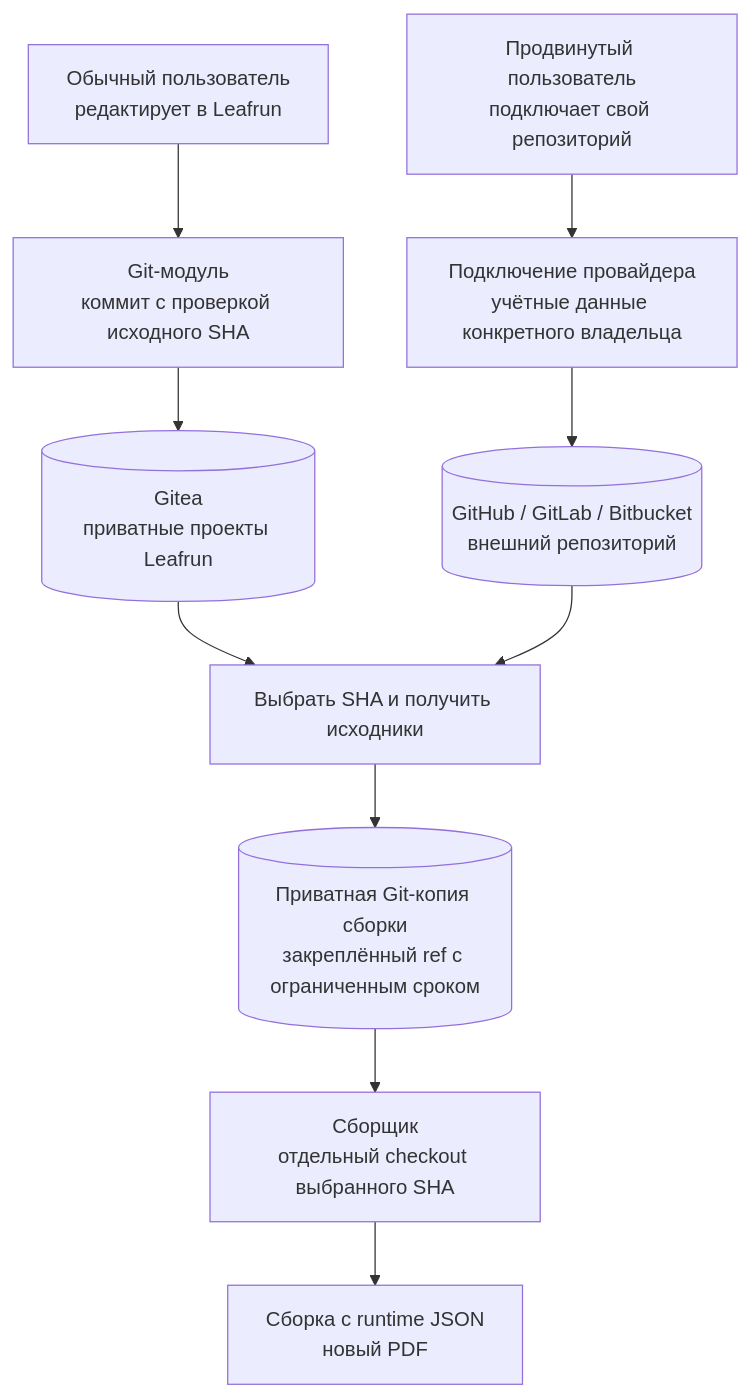
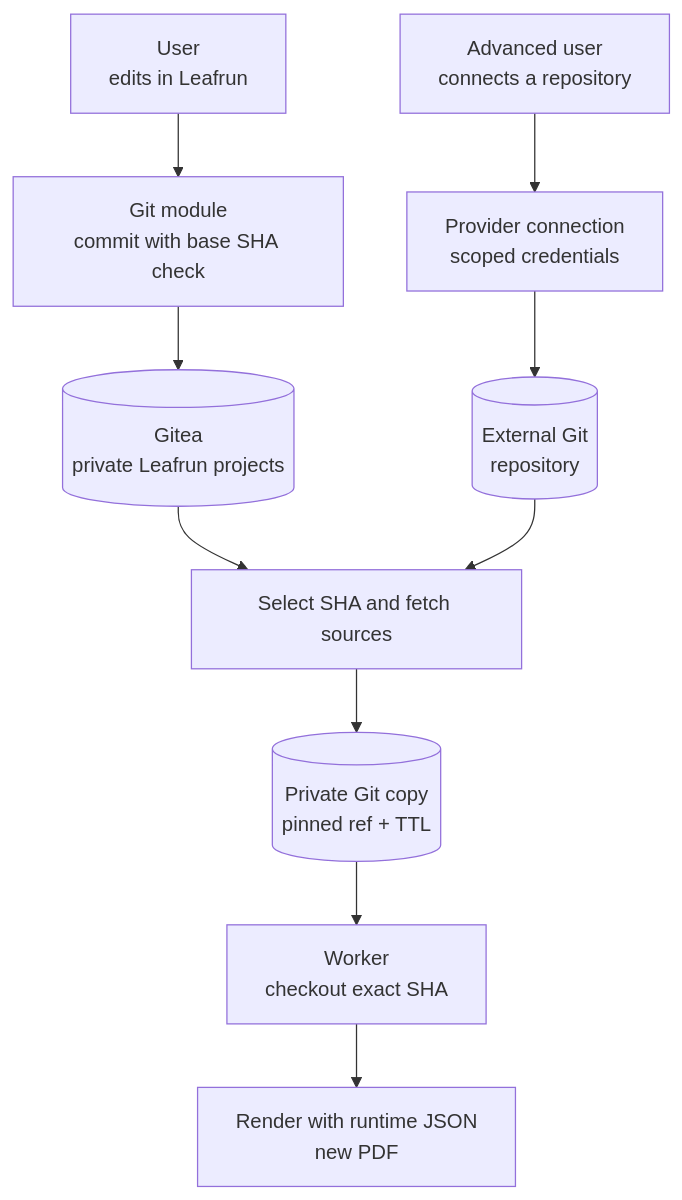
One commit to Feruum/Leafrun changed the third of 5 diagrams in docs/architecture/leafrun-saas-v0.md. Above: the diagram before and after it, drawn with Mermaid. The commit also changed other lines of this file and 38 other files, not shown here.

````diff
--- a/docs/architecture/leafrun-saas-v0.md
+++ b/docs/architecture/leafrun-saas-v0.md
@@ -119,12 +119,12 @@
 ```mermaid
 flowchart TB
-    Simple["Обычный пользователь<br/>редактирует в Leafrun"] --> Save["Git-модуль<br/>коммит с проверкой исходного SHA"]
-    Save --> Managed[("Gitea<br/>приватные проекты Leafrun")]
-    Advanced["Продвинутый пользователь<br/>подключает свой репозиторий"] --> Connection["Подключение провайдера<br/>учётные данные конкретного владельца"]
-    Connection --> Remote[("GitHub / GitLab / Bitbucket<br/>внешний репозиторий")]
-    Managed --> Capture["Выбрать SHA и получить исходники"]
+    Simple["User<br/>edits in Leafrun"] --> Save["Git module<br/>commit with base SHA check"]
+    Save --> Managed[("Gitea<br/>private Leafrun projects")]
+    Advanced["Advanced user<br/>connects a repository"] --> Connection["Provider connection<br/>scoped credentials"]
+    Connection --> Remote[("External Git<br/>repository")]
+    Managed --> Capture["Select SHA and fetch sources"]
     Remote --> Capture
-    Capture --> Pin[("Приватная Git-копия сборки<br/>закреплённый ref с ограниченным сроком")]
-    Pin --> Checkout["Сборщик<br/>отдельный checkout выбранного SHA"]
-    Checkout --> PDF["Сборка с runtime JSON<br/>новый PDF"]
+    Capture --> Pin[("Private Git copy<br/>pinned ref + TTL")]
+    Pin --> Checkout["Worker<br/>checkout exact SHA"]
+    Checkout --> PDF["Render with runtime JSON<br/>new PDF"]
 ```
````
